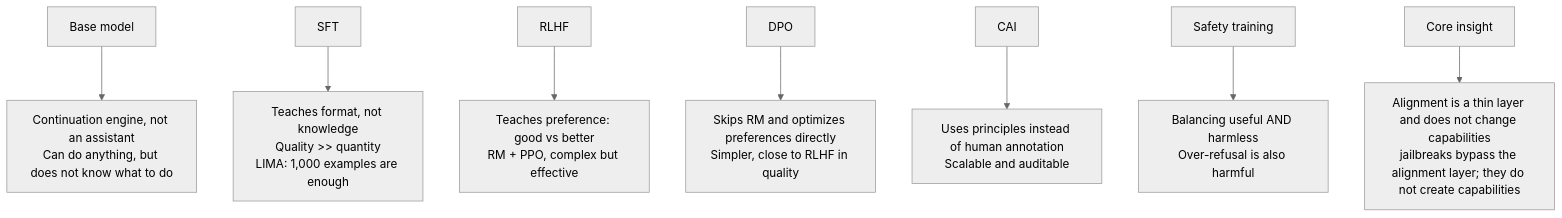
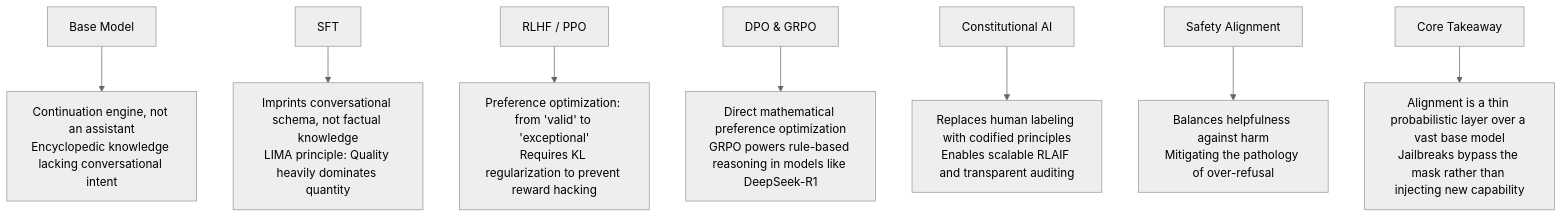
Before and after one commit to yingwang/thinking-in-llm: the seventh of 7 diagrams in en/chapters/04-alignment.md, drawn with Mermaid (neutral theme). The commit also changed other lines of this file and 31 other files, not shown here.

````diff
--- a/en/chapters/04-alignment.md
+++ b/en/chapters/04-alignment.md
@@ -640,16 +575,16 @@
 ```mermaid
 graph TB
-    A["Base model"] --> B["Continuation engine, not an assistant<br/>Can do anything, but does not know what to do"]
+    A["Base Model"] --> B["Continuation engine, not an assistant<br/>Encyclopedic knowledge lacking conversational intent"]
 
-    C["SFT"] --> D["Teaches format, not knowledge<br/>Quality >> quantity<br/>LIMA: 1,000 examples are enough"]
+    C["SFT"] --> D["Imprints conversational schema, not factual knowledge<br/>LIMA principle: Quality heavily dominates quantity"]
 
-    E["RLHF"] --> F["Teaches preference: good vs better<br/>RM + PPO, complex but effective"]
+    E["RLHF / PPO"] --> F["Preference optimization: from 'valid' to 'exceptional'<br/>Requires KL regularization to prevent reward hacking"]
 
-    G["DPO"] --> H["Skips RM and optimizes preferences directly<br/>Simpler, close to RLHF in quality"]
+    G["DPO & GRPO"] --> H["Direct mathematical preference optimization<br/>GRPO powers rule-based reasoning in models like DeepSeek-R1"]
 
-    I["CAI"] --> J["Uses principles instead of human annotation<br/>Scalable and auditable"]
+    I["Constitutional AI"] --> J["Replaces human labeling with codified principles<br/>Enables scalable RLAIF and transparent auditing"]
 
-    K["Safety training"] --> L["Balancing useful AND harmless<br/>Over-refusal is also harmful"]
+    K["Safety Alignment"] --> L["Balances helpfulness against harm<br/>Mitigating the pathology of over-refusal"]
 
-    M["Core insight"] --> N["Alignment is a thin layer and does not change capabilities<br/>jailbreaks bypass the alignment layer; they do not create capabilities"]
+    M["Core Takeaway"] --> N["Alignment is a thin probabilistic layer over a vast base model<br/>Jailbreaks bypass the mask rather than injecting new capability"]
 ```
````
